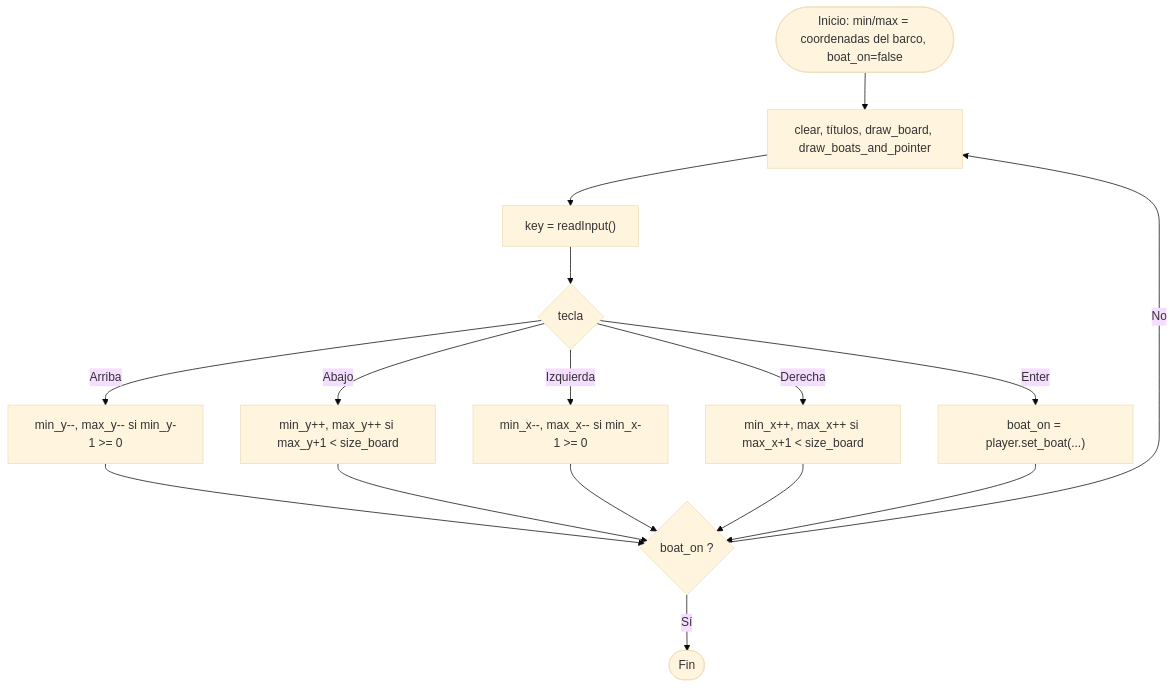
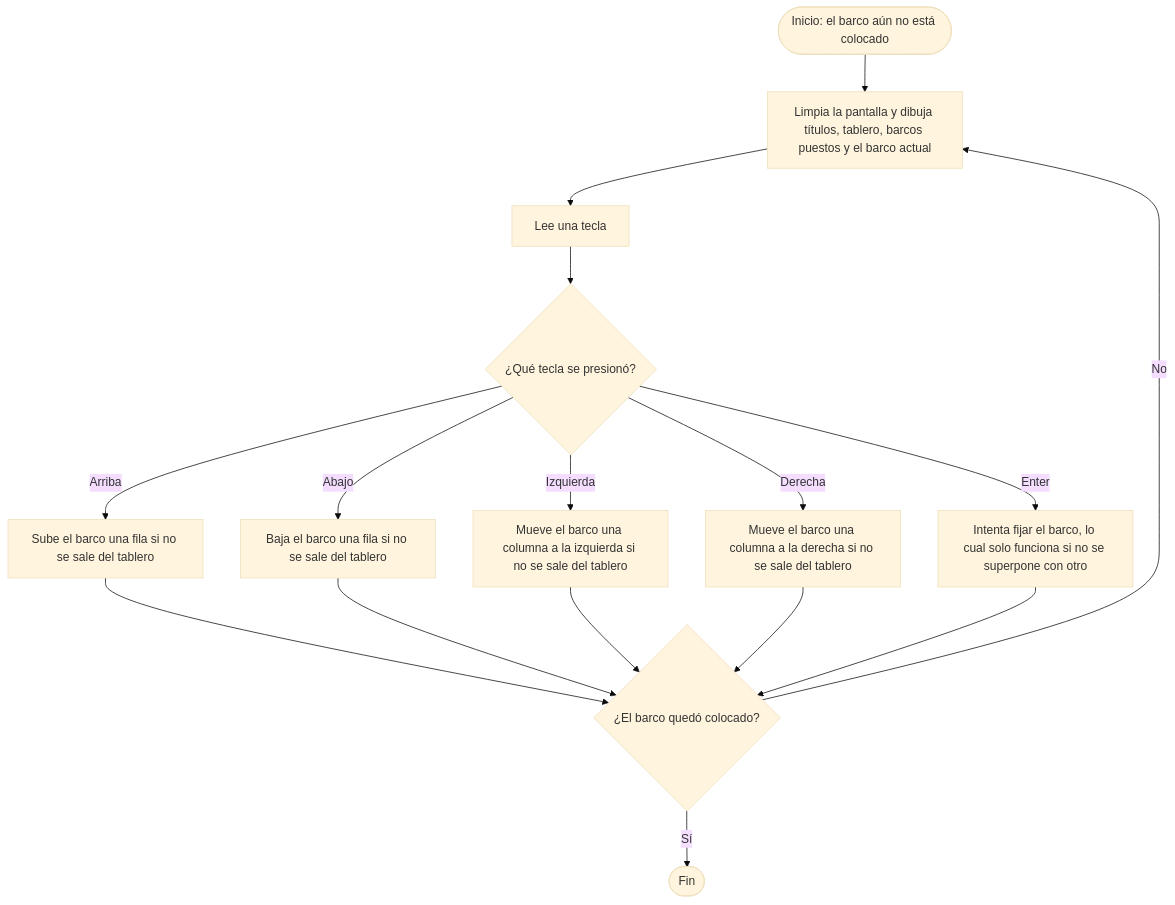
One commit to 8ismel6/1MD-ProyectoFinal changed the tenth of 33 diagrams in README.md. Above: the diagram before and after it, drawn with Mermaid (base theme). The commit also changed other lines of this file and 1 other file, not shown here.

````diff
--- a/README.md
+++ b/README.md
@@ -497,18 +491,18 @@
 ```mermaid
 flowchart TD
-A(["Inicio: min/max = coordenadas del barco, boat_on=false"]) --> B["clear, títulos, draw_board, draw_boats_and_pointer"]
-B --> C["key = readInput()"]
-C --> D{"tecla"}
-D -- "Arriba" --> D1["min_y--, max_y-- si min_y-1 >= 0"]
-D -- "Abajo" --> D2["min_y++, max_y++ si max_y+1 < size_board"]
-D -- "Izquierda" --> D3["min_x--, max_x-- si min_x-1 >= 0"]
-D -- "Derecha" --> D4["min_x++, max_x++ si max_x+1 < size_board"]
-D -- "Enter" --> D5["boat_on = player.set_boat(...)"]
-D1 --> E{"boat_on ?"}
+A(["Inicio: el barco aún no está colocado"]) --> B["Limpia la pantalla y dibuja títulos, tablero, barcos puestos y el barco actual"]
+B --> C["Lee una tecla"]
+C --> D{"¿Qué tecla se presionó?"}
+D -- "Arriba" --> D1["Sube el barco una fila si no se sale del tablero"]
+D -- "Abajo" --> D2["Baja el barco una fila si no se sale del tablero"]
+D -- "Izquierda" --> D3["Mueve el barco una columna a la izquierda si no se sale del tablero"]
+D -- "Derecha" --> D4["Mueve el barco una columna a la derecha si no se sale del tablero"]
+D -- "Enter" --> D5["Intenta fijar el barco, lo cual solo funciona si no se superpone con otro"]
+D1 --> E{"¿El barco quedó colocado?"}
 D2 --> E
 D3 --> E
 D4 --> E
 D5 --> E
 E -- "No" --> B
 E -- "Sí" --> F(["Fin"])
 ```
````
